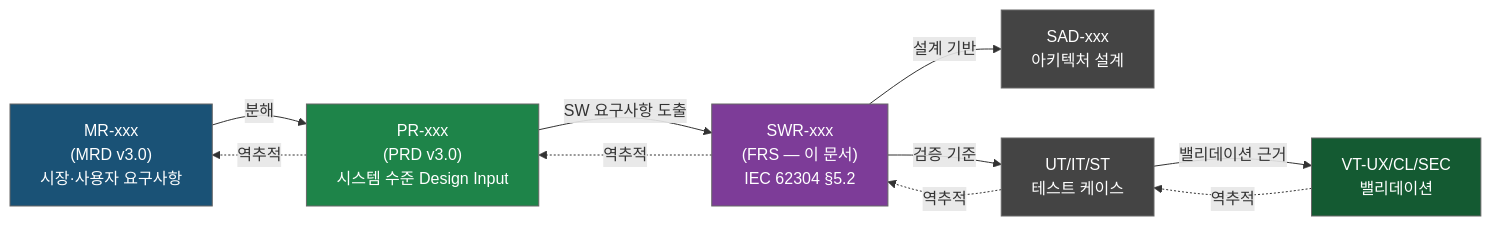
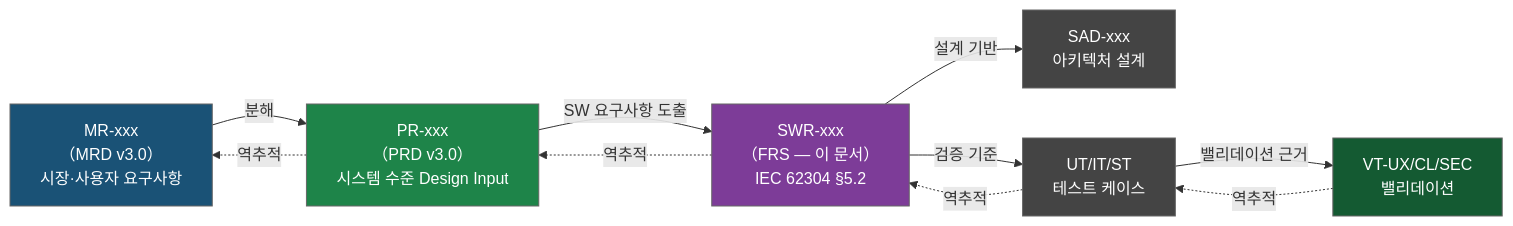
One commit to holee9/console-gui changed the eighth of 8 diagrams in docs/planning/DOC-004_FRS_v2.0.md. Above: the diagram before and after it, drawn with Mermaid. The commit also changed other lines of this file and 22 other files, not shown here.

First line of the commit message:
fix: Mermaid flowchart 노드 내 괄호 파싱 오류 전면 수정

````diff
--- a/docs/planning/DOC-004_FRS_v2.0.md
+++ b/docs/planning/DOC-004_FRS_v2.0.md
@@ -1014,26 +1014,26 @@
 ```mermaid
 flowchart LR
-    MR["MR-xxx\n(MRD v3.0)\n시장·사용자 요구사항"]
-    PR["PR-xxx\n(PRD v3.0)\n시스템 수준 Design Input"]
-    SWR_doc["SWR-xxx\n(FRS — 이 문서)\nIEC 62304 §5.2"]
+    MR["MR-xxx\n（MRD v3.0）\n시장·사용자 요구사항"]
+    PR["PR-xxx\n（PRD v3.0）\n시스템 수준 Design Input"]
+    SWR_doc["SWR-xxx\n（FRS — 이 문서）\nIEC 62304 §5.2"]
     SAD_["SAD-xxx\n아키텍처 설계"]
     TC["UT/IT/ST\n테스트 케이스"]
     VT_["VT-UX/CL/SEC\n밸리데이션"]
 
     MR -->|"분해"| PR
     PR -->|"SW 요구사항 도출"| SWR_doc
     SWR_doc -->|"설계 기반"| SAD_
     SWR_doc -->|"검증 기준"| TC
     TC -->|"밸리데이션 근거"| VT_
 
     VT_ -.->|"역추적"| TC
     TC -.->|"역추적"| SWR_doc
     SWR_doc -.->|"역추적"| PR
     PR -.->|"역추적"| MR
 
     classDef default fill:#444,stroke:#666,color:#fff
     style MR fill:#1a5276,color:#fff
     style PR fill:#1e8449,color:#fff
     style SWR_doc fill:#7d3c98,color:#fff
     style VT_ fill:#145a32,color:#fff
 ```
````
